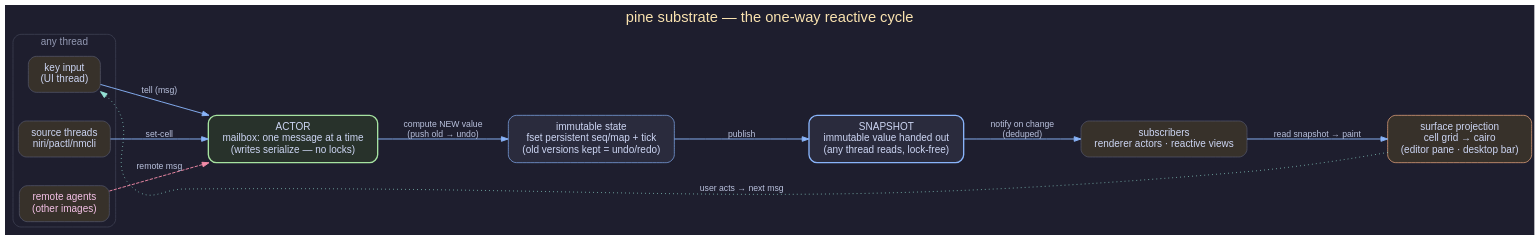
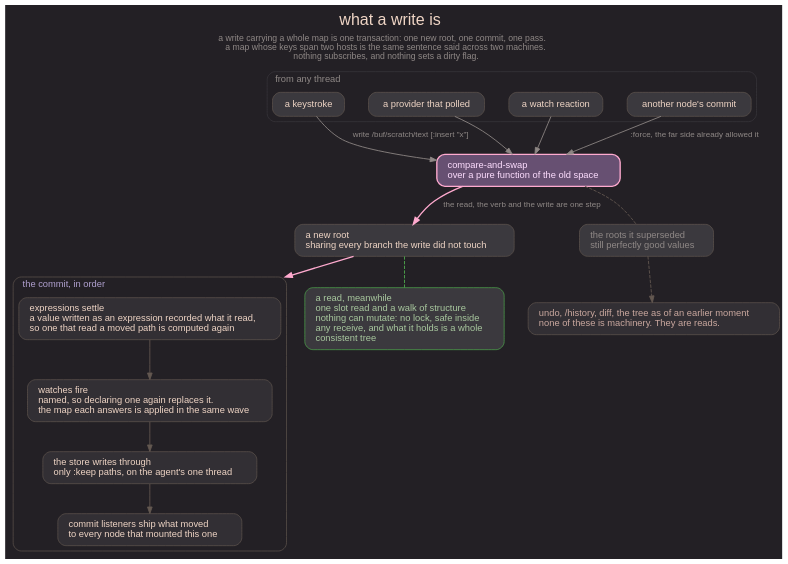
The diagram in doc/substrate.dot (bretfh/pine), drawn with Graphviz before and after one commit. The commit also changed 18 other files, not shown here.

```diff
--- a/doc/substrate.dot
+++ b/doc/substrate.dot
@@ -1,43 +1,71 @@
+// What a write is. One compare-and-swap onto a new root, and what the commit
+// then does. This is the whole of pine's reactivity: nothing subscribes, and
+// nothing is invalidated by hand.
+//
+// Generated with `make docs'. Colours are pine's own shipped theme, ef-dream.
+
 digraph substrate {
-  rankdir=LR; splines=true;
-  graph [fontname="sans-serif", fontsize=22, ranksep=1.0, nodesep=0.6,
-         bgcolor="#1e1e2e", labelloc=t, fontcolor="#f9e2af",
-         label="pine substrate — the one-way reactive cycle"];
-  node  [fontname="sans-serif", fontsize=15, shape=box, style="rounded,filled",
-         color="#585b70", fontcolor="#cdd6f4", fillcolor="#313244", margin="0.22,0.14"];
-  edge  [fontname="sans-serif", fontsize=13, color="#89b4fa", fontcolor="#bac2de", penwidth=1.4];
+  rankdir=TB; splines=spline; compound=true;
+  graph [fontname="sans-serif", fontsize=22, ranksep=0.6, nodesep=0.5,
+         bgcolor="#232025", labelloc=t, fontcolor="#efd5c5",
+         label=<<table border="0" cellborder="0" cellspacing="0" cellpadding="3">
+           <tr><td><font point-size="24" color="#efd5c5">what a write is</font></td></tr>
+           <tr><td><font color="#8f8886" point-size="13">a write carrying a whole map is one transaction: one new root, one commit, one pass.<br/>a map whose keys span two hosts is the same sentence said across two machines.<br/>nothing subscribes, and nothing sets a dirty flag.</font></td></tr>
+         </table>>];
+  node  [fontname="sans-serif", fontsize=14, shape=box, style="rounded,filled",
+         color="#635850", fontcolor="#efd5c5", fillcolor="#322f34",
+         margin="0.22,0.13"];
+  edge  [fontname="sans-serif", fontsize=12, color="#8f8886",
+         fontcolor="#8f8886", penwidth=1.3];
 
-  // producers of messages (any thread)
-  subgraph cluster_in {
-    label="any thread"; fontsize=15; fontcolor="#9399b2"; color="#45475a"; style="rounded";
-    key   [label="key input\n(UI thread)", fillcolor="#37312a"];
-    src   [label="source threads\nniri/pactl/nmcli", fillcolor="#37312a"];
-    agent [label="remote agents\n(other images)", fillcolor="#37312a", fontcolor="#f5c2e7"];
+  subgraph cluster_from {
+    label="from any thread"; labeljust=l; fontsize=14; fontcolor="#8f8886";
+    color="#3b393e"; style="rounded";
+    key  [label="a keystroke", fillcolor="#3b393e"];
+    prov [label="a provider that polled", fillcolor="#3b393e"];
+    reac [label="a watch reaction", fillcolor="#3b393e"];
+    far  [label="another node's commit", fillcolor="#3b393e"];
   }
 
-  actor [label="ACTOR\nmailbox: one message at a time\n(writes serialize — no locks)",
-         fillcolor="#28322b", color="#a6e3a1", penwidth=2];
+  swap [label="compare-and-swap\lover a pure function of the old space\l",
+        fillcolor="#675072", fontcolor="#fedeff", color="#ffaacf", penwidth=2];
+  root [label="a new root\lsharing every branch the write did not touch\l",
+        fillcolor="#3b393e"];
 
-  state [label="immutable state\nfset persistent seq/map + tick\n(old versions kept = undo/redo)",
-         fillcolor="#2a2b3d", color="#89b4fa"];
+  key  -> swap [label="  write /buf/scratch/text [:insert \"x\"]"];
+  prov -> swap;
+  reac -> swap;
+  far  -> swap [label="  :force, the far side already allowed it"];
 
-  snap  [label="SNAPSHOT\nimmutable value handed out\n(any thread reads, lock-free)",
-         fillcolor="#2a2b3d", color="#89b4fa", penwidth=2];
+  swap -> root [color="#ffaacf", penwidth=2,
+                label="  the read, the verb and the write are one step"];
 
-  subs  [label="subscribers\nrenderer actors · reactive views", fillcolor="#37312a"];
+  subgraph cluster_commit {
+    label="the commit, in order"; labeljust=l; fontsize=14;
+    fontcolor="#b0a0cf"; color="#635850"; style="rounded";
+    expr  [label="expressions settle\la value written as an expression recorded what it read,\lso one that read a moved path is computed again\l",
+           fillcolor="#322f34"];
+    watch [label="watches fire\lnamed, so declaring one again replaces it.\lthe map each answers is applied in the same wave\l",
+           fillcolor="#322f34"];
+    keep  [label="the store writes through\lonly :keep paths, on the agent's one thread\l",
+           fillcolor="#322f34"];
+    ship  [label="commit listeners ship what moved\lto every node that mounted this one\l",
+           fillcolor="#322f34"];
+    expr -> watch -> keep -> ship [color="#635850"];
+  }
 
-  surf  [label="surface projection\ncell grid → cairo\n(editor pane · desktop bar)", fillcolor="#37312a", color="#fab387"];
+  root -> expr [lhead=cluster_commit, color="#ffaacf", penwidth=2];
 
-  // the cycle
-  key   -> actor [label="tell (msg)"];
-  src   -> actor [label="set-cell"];
-  agent -> actor [label="remote msg", style=dashed, color="#f38ba8"];
+  read [label="a read, meanwhile\lone slot read and a walk of structure\lnothing can mutate: no lock, safe inside\lany receive, and what it holds is a whole\lconsistent tree\l",
+        fillcolor="#3b393e", fontcolor="#a9c99f", color="#51b04f"];
+  root -> read [color="#51b04f", dir=none, style=dashed];
 
-  actor -> state [label="compute NEW value\n(push old → undo)"];
-  state -> snap  [label="publish"];
-  snap  -> subs  [label="notify on change\n(deduped)"];
-  subs  -> surf  [label="read snapshot → paint"];
+  old [label="the roots it superseded\lstill perfectly good values\l",
+       fillcolor="#3b393e", fontcolor="#8f8886"];
+  swap -> old [color="#635850", style=dashed, dir=none];
+  was [label="undo, /history, diff, the tree as of an earlier moment\lnone of these is machinery. They are reads.\l",
+       fillcolor="#322f34", fontcolor="#caa89f", color="#635850"];
+  old -> was [color="#635850", style=dashed];
 
-  // the loop back: UI produces the next message
-  surf  -> key [label="user acts → next msg", style=dotted, constraint=false, color="#94e2d5"];
+
 }
```
